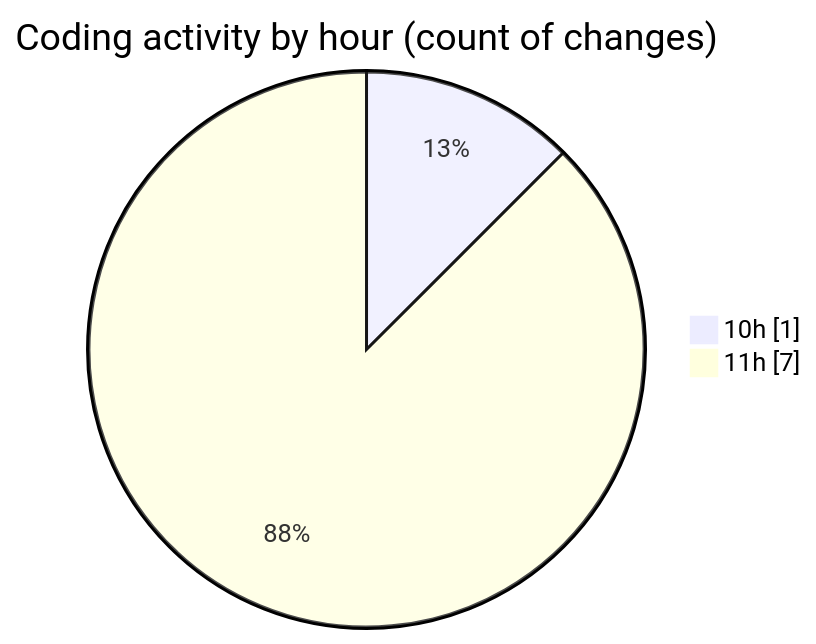
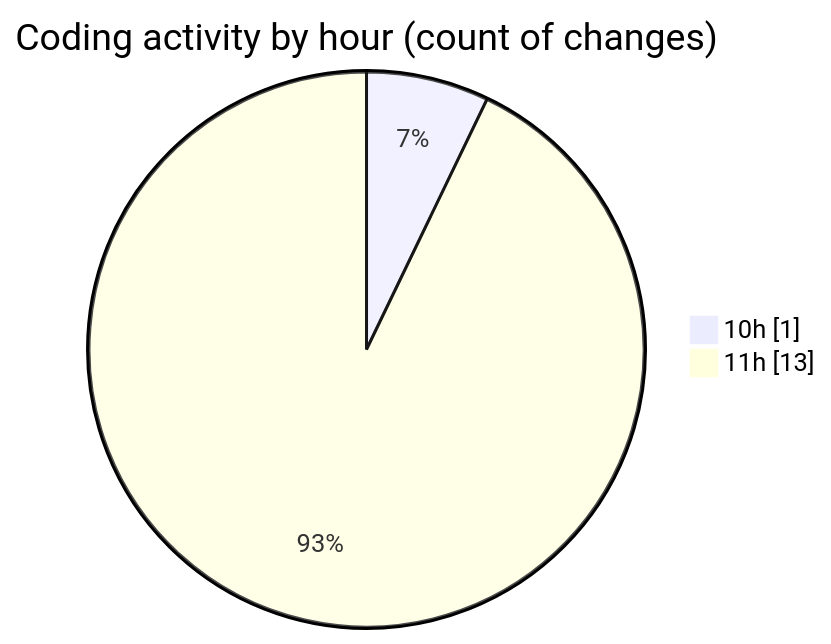
Before and after one commit to nxtqubesakshisongat/code-tracking: the second of 2 diagrams in 2025-06-26/nxtqube_webapp/README.md, drawn with Mermaid. The commit also changed other lines of this file and 1 other file, not shown here.

````diff
--- a/2025-06-26/nxtqube_webapp/README.md
+++ b/2025-06-26/nxtqube_webapp/README.md
@@ -28,6 +28,6 @@
 ```mermaid
 pie showData
 title Coding activity by hour (count of changes)
 "10h" : 1
-"11h" : 7
+"11h" : 13
 ```
````
